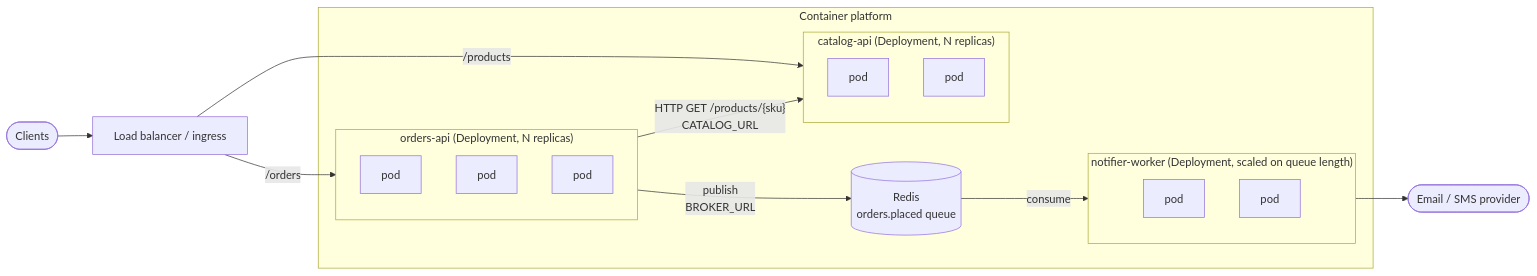
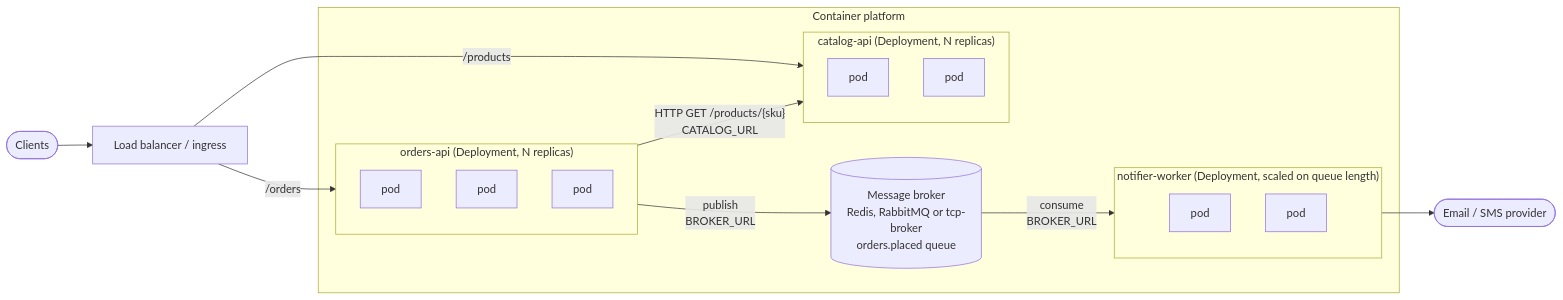
Before and after one commit to sovikroy/python-monorepo: the ninth of 10 diagrams in ARCHITECTURE.md, drawn with Mermaid. The commit also changed other lines of this file and 40 other files, not shown here.

First line of the commit message:
Make the messaging transport pluggable (Redis, RabbitMQ, TCP, in-memory)

````diff
--- a/ARCHITECTURE.md
+++ b/ARCHITECTURE.md
@@ -238,30 +347,30 @@
 ```mermaid
 flowchart LR
     users(["Clients"]) --> lb["Load balancer / ingress"]
 
     subgraph platform["Container platform"]
         subgraph cat["catalog-api (Deployment, N replicas)"]
             c1["pod"]
             c2["pod"]
         end
         subgraph ord["orders-api (Deployment, N replicas)"]
             o1["pod"]
             o2["pod"]
             o3["pod"]
         end
         subgraph wrk["notifier-worker (Deployment, scaled on queue length)"]
             w1["pod"]
             w2["pod"]
         end
-        redis[("Redis<br/>orders.placed queue")]
+        broker[("Message broker<br/>Redis, RabbitMQ or tcp-broker<br/>orders.placed queue")]
     end
 
     email(["Email / SMS provider"])
 
     lb -->|"/products"| cat
     lb -->|"/orders"| ord
     ord -->|"HTTP GET /products/{sku}<br/>CATALOG_URL"| cat
-    ord -->|"publish<br/>BROKER_URL"| redis
-    redis -->|"consume"| wrk
+    ord -->|"publish<br/>BROKER_URL"| broker
+    broker -->|"consume<br/>BROKER_URL"| wrk
     wrk --> email
 ```
````
